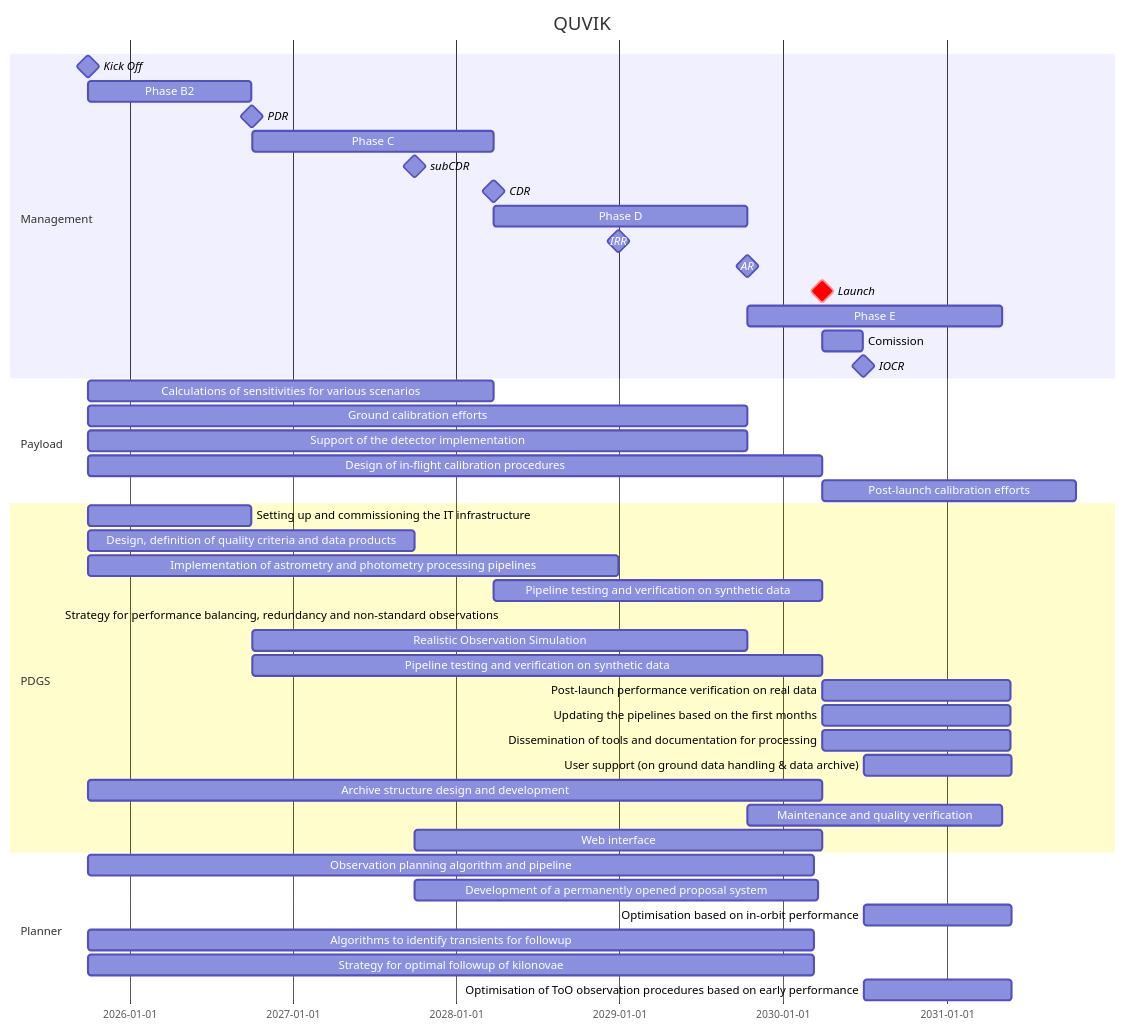
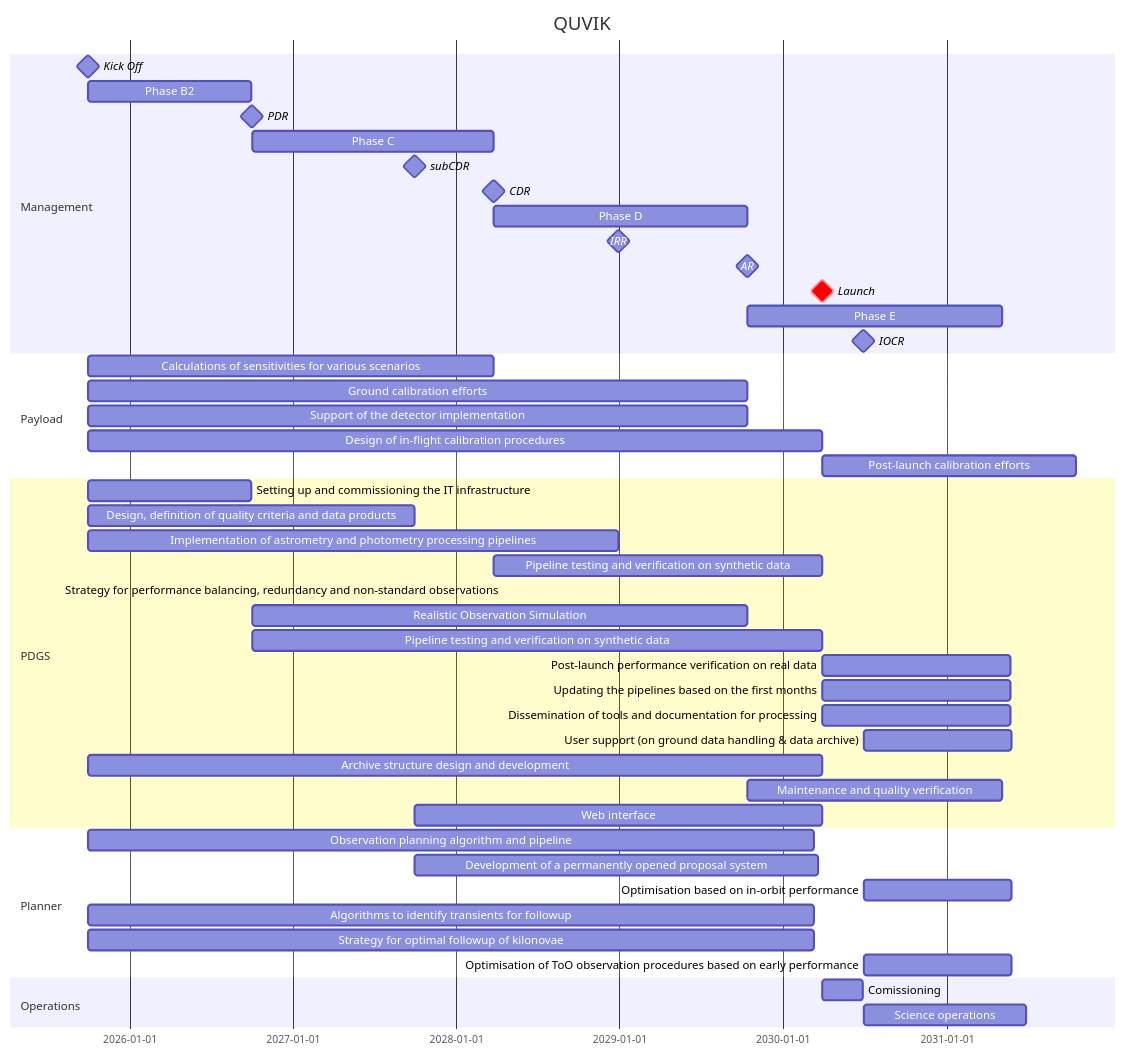
One commit to limu007/quvik changed the diagram in calib/Block.md. Above: the diagram before and after it, drawn with Mermaid.

````diff
--- a/calib/Block.md
+++ b/calib/Block.md
@@ -3,50 +3,54 @@
 ```mermaid
 gantt
     title QUVIK
     dateFormat  YYYY-MM-DD
     section Management
     Kick Off : milestone, m1, 2025-09-31, 1d
     Phase B2 : b2, after m1, 52w
     PDR : milestone, pdr, after b2, 1d
     Phase C : c1, after pdr, 77w
     subCDR :  milestone, sc1, after des, 1d
     CDR : milestone, cdr, after c1, 1d
     Phase D : d1, after cdr, 81w
     IRR : milestone, irr, after imp, 1d
     AR : milestone, ar, after d1, 1d
     Launch : crit, milestone, frr, after dcal, 1d
     Phase E : e1, after ar, 81w
-    Comission : e2, after frr, 13w
     IOCR : milestone, iocr, after e2, 1d
 
     section Payload
     Calculations of sensitivities for various scenarios :  after m1 , until cdr
     Ground calibration efforts :  after m1 , until ar
     Support of the detector implementation :  after m1 , until ar 
     Design of in-flight calibration procedures :  dcal, after m1 , 234w
     Post-launch calibration efforts :  after frr , 81w 
 
     section PDGS
     Setting up and commissioning the IT infrastructure : after m1, until pdr
     Design, definition of quality criteria and data products : 	des, after m1	, 104w
     Implementation of astrometry and photometry processing pipelines : 	imp, after m1 , 169w
     Pipeline testing and verification on synthetic data : pp, after cdr, until frr
     Strategy for performance balancing, redundancy and non-standard observations :  after m1 , until arr
     Realistic Observation Simulation :  after pdr , until ar
     Pipeline testing and verification on synthetic data :  after pdr , until frr
     Post-launch performance verification on real data :  after frr , 420d
     Updating the pipelines based on the first months :  after frr , 420d
     Dissemination of tools and documentation for processing :  after frr , 420d
      User support (on ground data handling & data archive) :  after iocr , 330d
      Archive structure design and development :  after m1 , until frr
      Maintenance and quality verification :  after ar , 81w
      Web interface :  after sc1 , until frr
 
     section Planner
     Observation planning algorithm and pipeline :  after m1 , 1620d
     Development of a permanently opened proposal system :  after sc1 , 900d
     Optimisation based on in-orbit performance :  after iocr , 330d
     Algorithms to identify transients for followup :  after m1 , 1620d
     Strategy for optimal followup of kilonovae :  after m1 , 1620d
     Optimisation of ToO observation procedures based on early performance :  after iocr , 330d
+
+    section Operations
+    Comissioning : e2, after frr, 13w
+    Science operations : e3, after iocr, 52w
+
 ```
````
